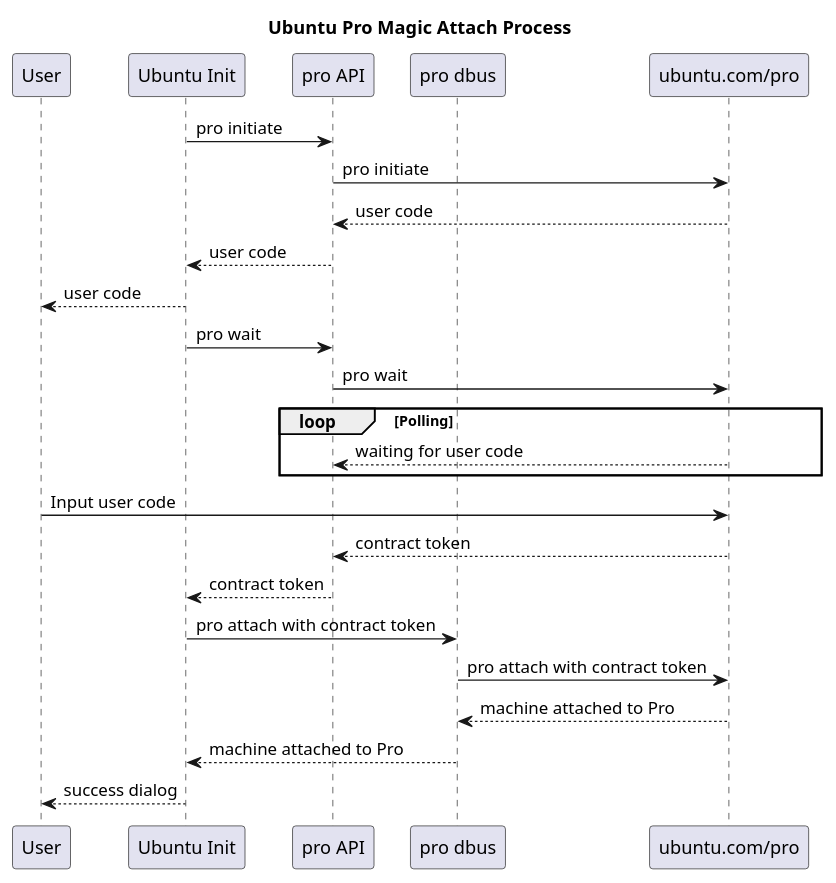
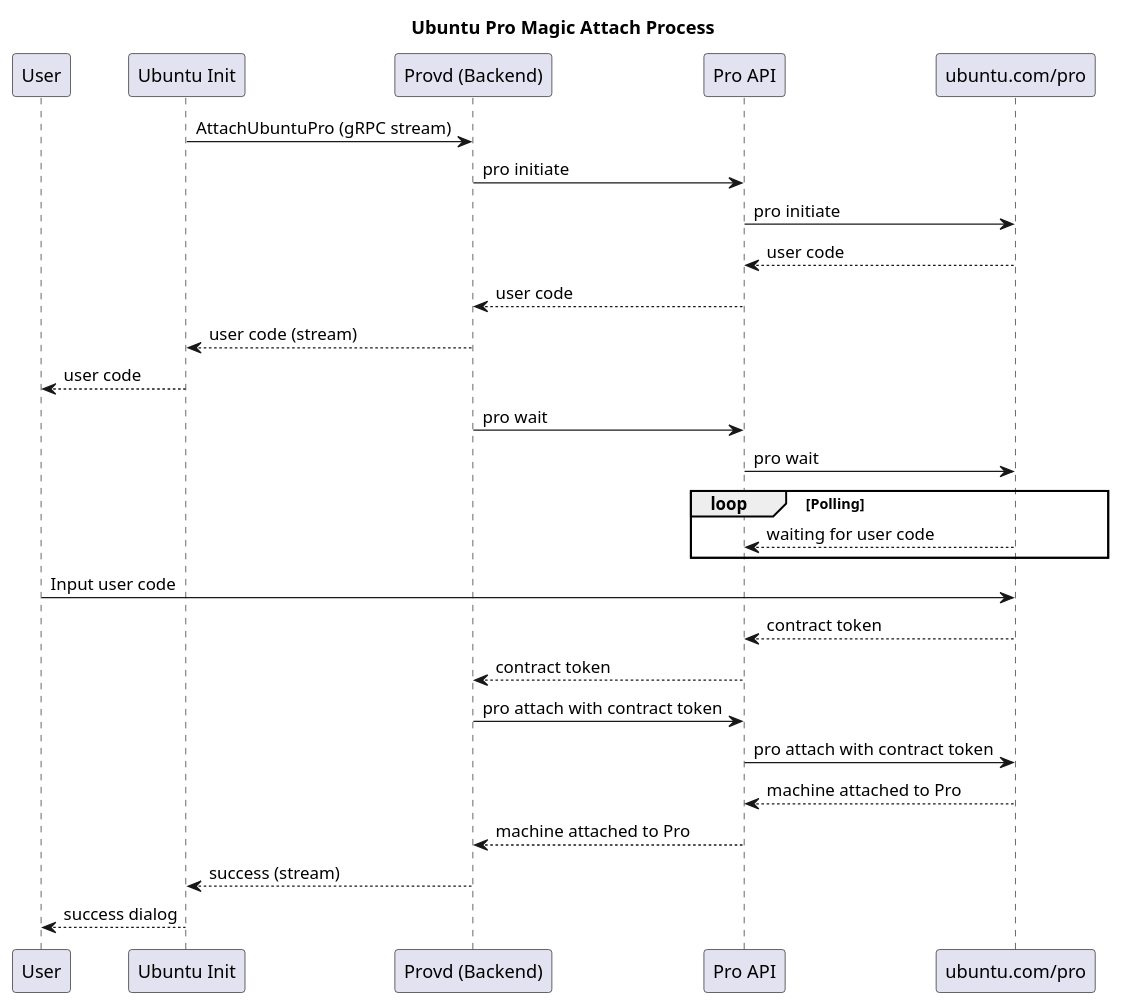
The diagram in ubuntu-desktop-provision/ubuntu-pro-magic-attach-flow.wsd (matthew-hagemann/draft-sequence-diagrams), drawn with PlantUML before and after one commit.

Commit message:
pro: splitting concerns of be and fe

```diff
--- a/ubuntu-desktop-provision/ubuntu-pro-magic-attach-flow.wsd
+++ b/ubuntu-desktop-provision/ubuntu-pro-magic-attach-flow.wsd
@@ -1,30 +1,32 @@
 @startuml
 title Ubuntu Pro Magic Attach Process
 
 participant User
 participant "Ubuntu Init" as Installer
-participant "pro API" as API
-participant "pro dbus" as Pro
+participant "Provd (Backend)" as Provd
+participant "Pro API" as ProAPI
 participant "ubuntu.com/pro" as Server
 
-Installer->API: pro initiate
-API->Server: pro initiate
-Server-->API: user code
-API-->Installer: user code
+Installer->Provd: AttachUbuntuPro (gRPC stream)
+Provd->ProAPI: pro initiate
+ProAPI->Server: pro initiate
+Server-->ProAPI: user code
+ProAPI-->Provd: user code
+Provd-->Installer: user code (stream)
 Installer-->User: user code
 
-Installer->API: pro wait
-API->Server: pro wait
+Provd->ProAPI: pro wait
+ProAPI->Server: pro wait
 loop Polling
-    Server-->API: waiting for user code
+    Server-->ProAPI: waiting for user code
 end
 User->Server: Input user code
-Server-->API: contract token
-API-->Installer: contract token
-
-Installer->Pro: pro attach with contract token
-Pro->Server: pro attach with contract token
-Server-->Pro: machine attached to Pro
-Pro-->Installer: machine attached to Pro
+Server-->ProAPI: contract token
+ProAPI-->Provd: contract token
+Provd->ProAPI: pro attach with contract token
+ProAPI->Server: pro attach with contract token
+Server-->ProAPI: machine attached to Pro
+ProAPI-->Provd: machine attached to Pro
+Provd-->Installer: success (stream)
 Installer-->User: success dialog
 @enduml
```
